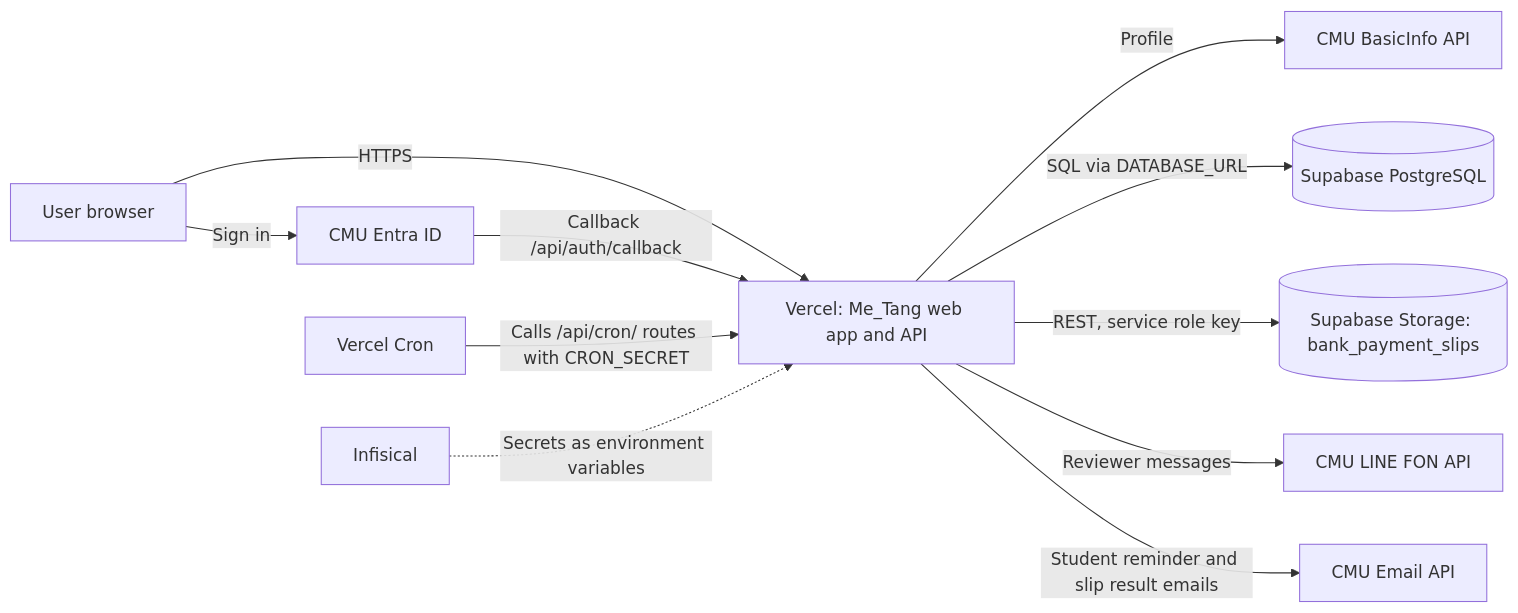
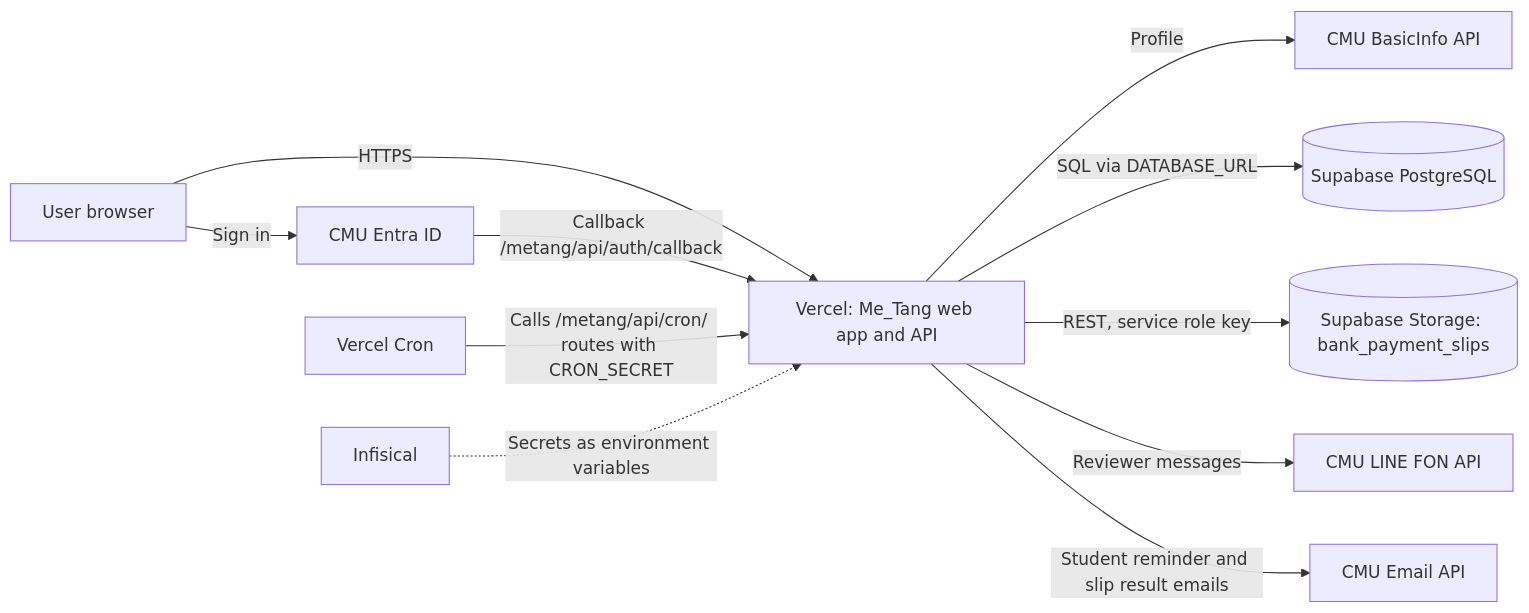
Before and after one commit to SE67-Metang-s-Project/metang: the diagram in docs/documentation/maintenance-guide.md, drawn with Mermaid. The commit also changed other lines of this file and 2 other files, not shown here.

First line of the commit message:
docs: serve paths under the /metang base path

````diff
--- a/docs/documentation/maintenance-guide.md
+++ b/docs/documentation/maintenance-guide.md
@@ -86,13 +94,13 @@
 ```mermaid
 flowchart LR
   U[User browser] -->|HTTPS| V[Vercel: Me_Tang web app and API]
   U -->|Sign in| E[CMU Entra ID]
-  E -->|Callback /api/auth/callback| V
+  E -->|Callback /metang/api/auth/callback| V
   V -->|Profile| B[CMU BasicInfo API]
   V -->|SQL via DATABASE_URL| D[(Supabase PostgreSQL)]
   V -->|REST, service role key| S[(Supabase Storage: bank_payment_slips)]
-  C[Vercel Cron] -->|Calls /api/cron/ routes with CRON_SECRET| V
+  C[Vercel Cron] -->|Calls /metang/api/cron/ routes with CRON_SECRET| V
   V -->|Reviewer messages| L[CMU LINE FON API]
   V -->|Student reminder and slip result emails| M[CMU Email API]
   I[Infisical] -.->|Secrets as environment variables| V
 ```
````
